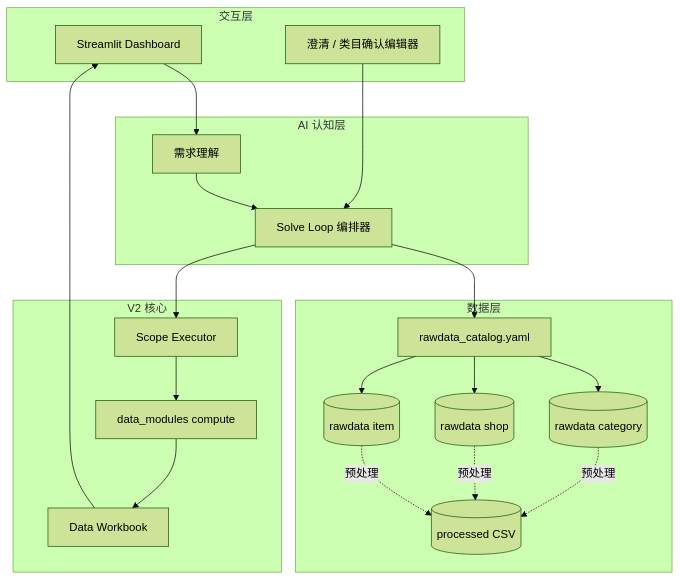
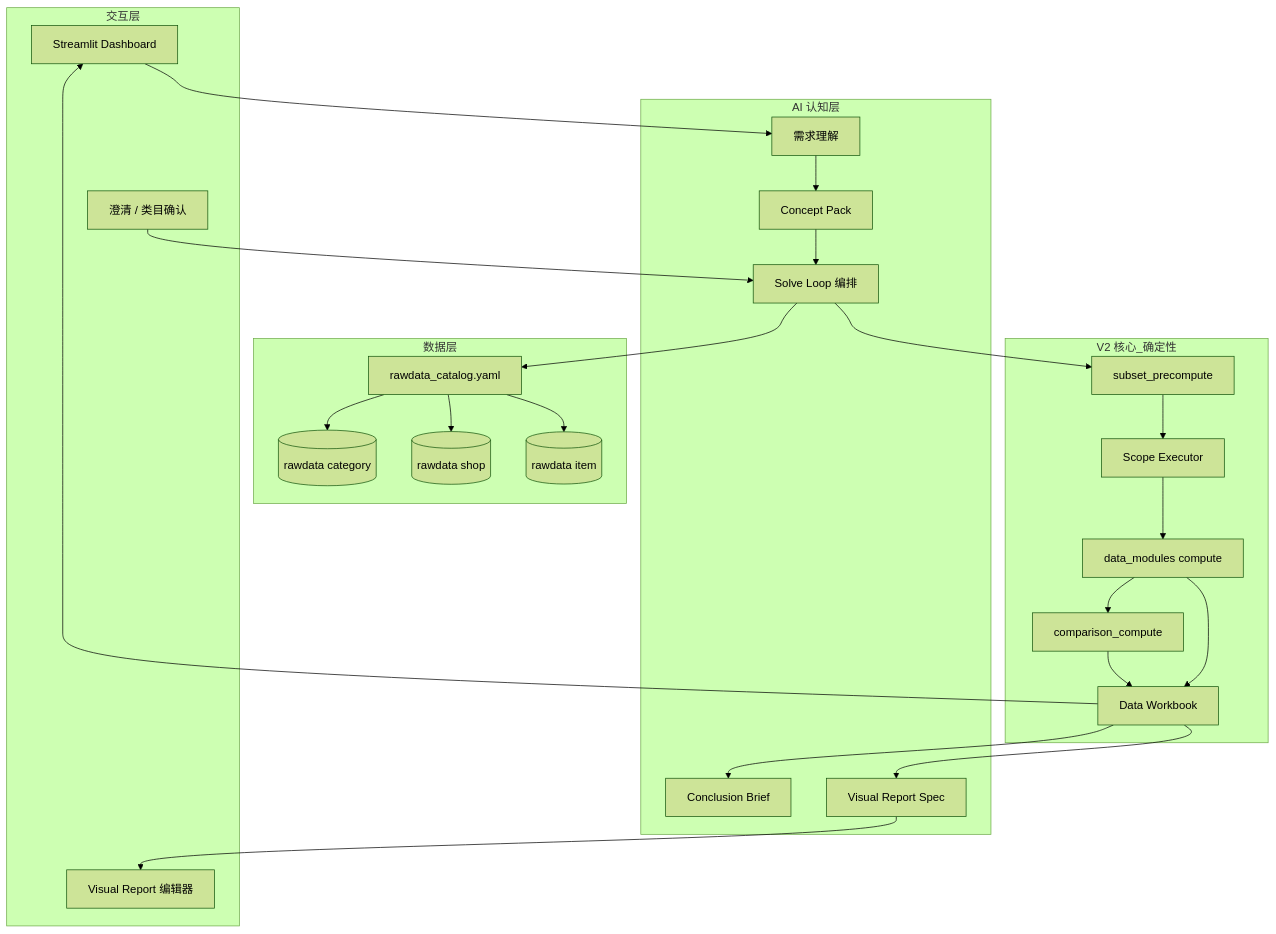
One commit to coco20020806/CateMate-Version-1.0- changed the third of 3 diagrams in README.md. Above: the diagram before and after it, drawn with Mermaid (forest theme). The commit also changed other lines of this file and 88 other files, not shown here.

First line of the commit message:
release(v1.2.0): Sub-L3 precompute, comparison scopes, and workbook consumption layer.

````diff
--- a/README.md
+++ b/README.md
@@ -181,34 +257,41 @@
 ```mermaid
 flowchart TB
   subgraph ui [交互层]
     ST[Streamlit Dashboard]
-    CE[澄清 / 类目确认编辑器]
+    CE[澄清 / 类目确认]
+    VE[Visual Report 编辑器]
   end
 
   subgraph cognition [AI 认知层]
     UG[需求理解]
-    SL[Solve Loop 编排器]
+    CP[Concept Pack]
+    SL[Solve Loop 编排]
+    BRIEF[Conclusion Brief]
+    VR[Visual Report Spec]
   end
 
   subgraph data [数据层]
     CAT[(rawdata category)]
     SHOP[(rawdata shop)]
     ITEM[(rawdata item)]
     CATALOG[rawdata_catalog.yaml]
-    PROC[(processed CSV)]
   end
 
-  subgraph v2core [V2 核心]
+  subgraph v2core [V2 核心_确定性]
+    PRE[subset_precompute]
     SC[Scope Executor]
     DM[data_modules compute]
+    CMP[comparison_compute]
     DWB[Data Workbook]
   end
 
-  ST --> UG --> SL
+  ST --> UG --> CP --> SL
   SL --> CATALOG
   CATALOG --> CAT & SHOP & ITEM
-  CAT & SHOP & ITEM -.预处理.-> PROC
-  SL --> SC --> DM --> DWB
+  SL --> PRE --> SC --> DM --> DWB
+  DM --> CMP --> DWB
   CE --> SL
+  DWB --> BRIEF
+  DWB --> VR --> VE
   DWB --> ST
 ```
````
